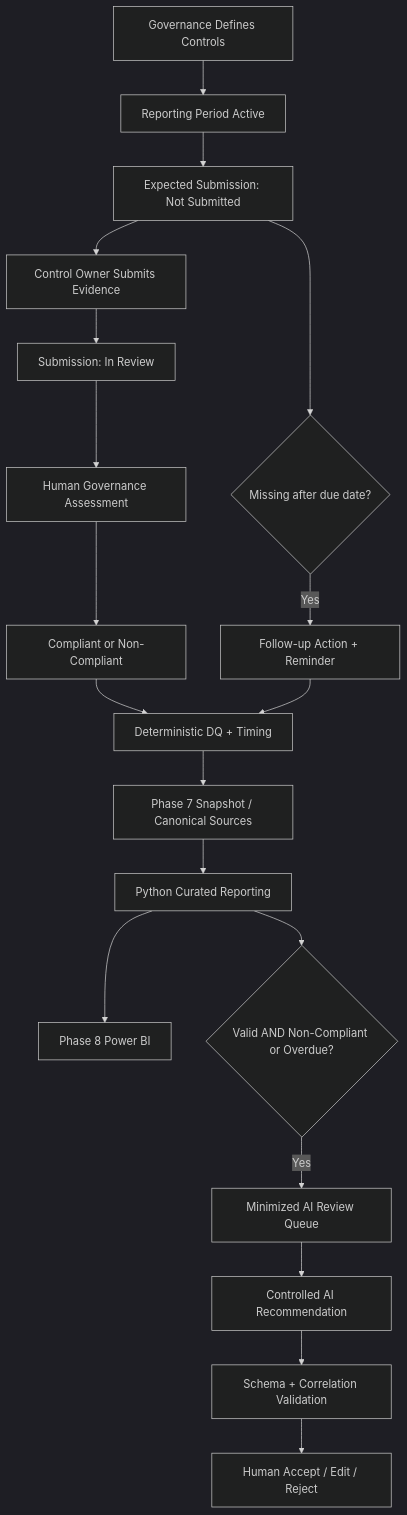
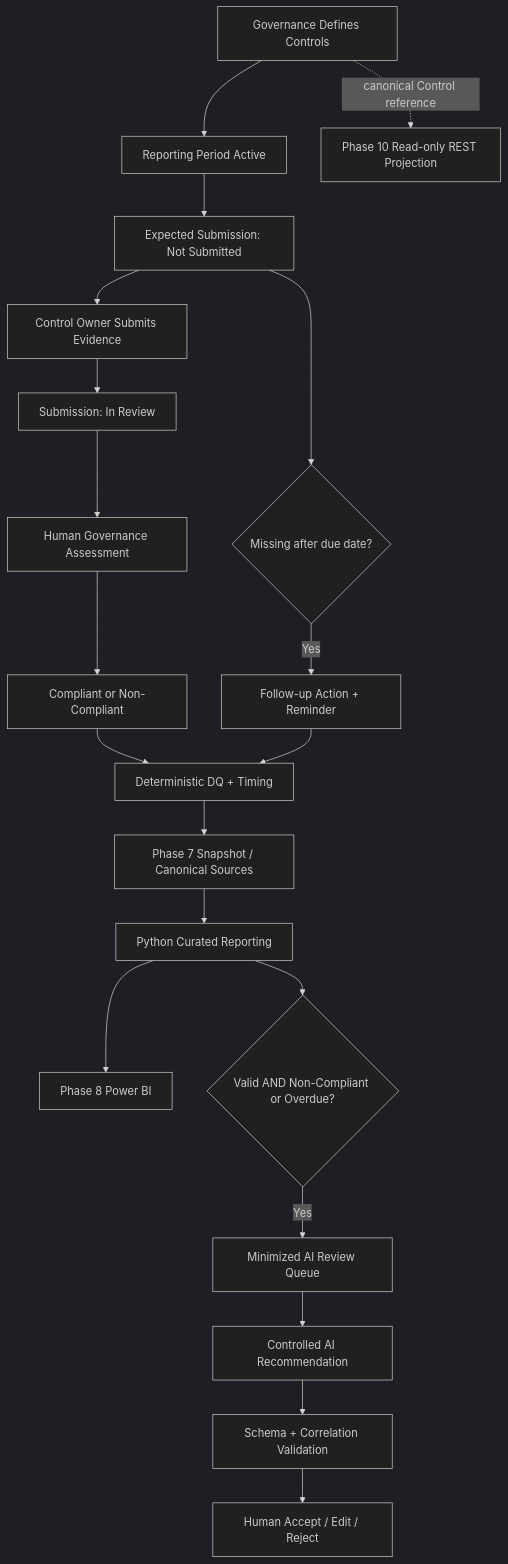
Before and after one commit to gw-ai-security/cyber-governance-automation-lab: the diagram in docs/business_process.md, drawn with Mermaid (dark theme). The commit also changed other lines of this file, not shown here.

Commit message:
docs: update business process through Phase 10

````diff
--- a/docs/business_process.md
+++ b/docs/business_process.md
@@ -625,24 +551,26 @@
 ```mermaid
 flowchart TD
     A[Governance Defines Controls] --> B[Reporting Period Active]
     B --> C[Expected Submission: Not Submitted]
     C --> D[Control Owner Submits Evidence]
     D --> E[Submission: In Review]
     E --> F[Human Governance Assessment]
     F --> G[Compliant or Non-Compliant]
 
     C --> H{Missing after due date?}
     H -->|Yes| I[Follow-up Action + Reminder]
 
     G --> J[Deterministic DQ + Timing]
     I --> J
     J --> K[Phase 7 Snapshot / Canonical Sources]
     K --> L[Python Curated Reporting]
     L --> M[Phase 8 Power BI]
 
     L --> N{Valid AND Non-Compliant or Overdue?}
     N -->|Yes| O[Minimized AI Review Queue]
     O --> P[Controlled AI Recommendation]
     P --> Q[Schema + Correlation Validation]
     Q --> R[Human Accept / Edit / Reject]
+
+    A -. canonical Control reference .-> S[Phase 10 Read-only REST Projection]
 ```
````
